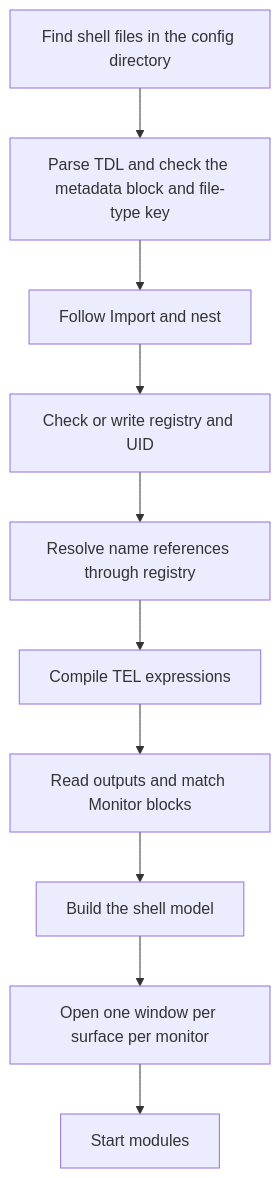
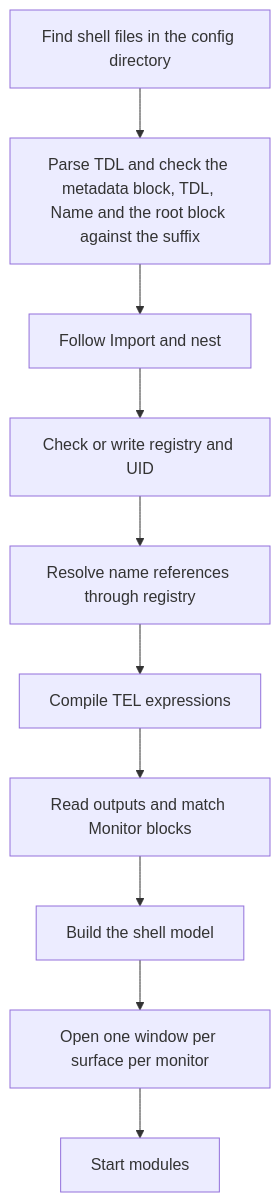
Before and after one commit to mindderivative/tess-shell: the first of 3 diagrams in 20 Architecture/Data Flow.md, drawn with Mermaid. The commit also changed other lines of this file and 17 other files, not shown here.

Commit message:
TDL pass 3, levels 0 and 1: root block as file type, version pins, upper-case enums, Left-Top-Right-Bottom order, Gap and Spacing; ADR-0014 rounds 3 and 4

````diff
--- a/20 Architecture/Data Flow.md
+++ b/20 Architecture/Data Flow.md
@@ -21,12 +21,12 @@
 ```mermaid
 flowchart TD
-    a[Find shell files in the config directory] --> b[Parse TDL and check the metadata block and file-type key]
+    a[Find shell files in the config directory] --> b[Parse TDL and check the metadata block, TDL, Name and the root block against the suffix]
     b --> c[Follow Import and nest]
     c --> d[Check or write registry and UID]
     d --> e[Resolve name references through registry]
     e --> f[Compile TEL expressions]
     f --> g[Read outputs and match Monitor blocks]
     g --> h[Build the shell model]
     h --> i[Open one window per surface per monitor]
     i --> j[Start modules]
 ```
````
